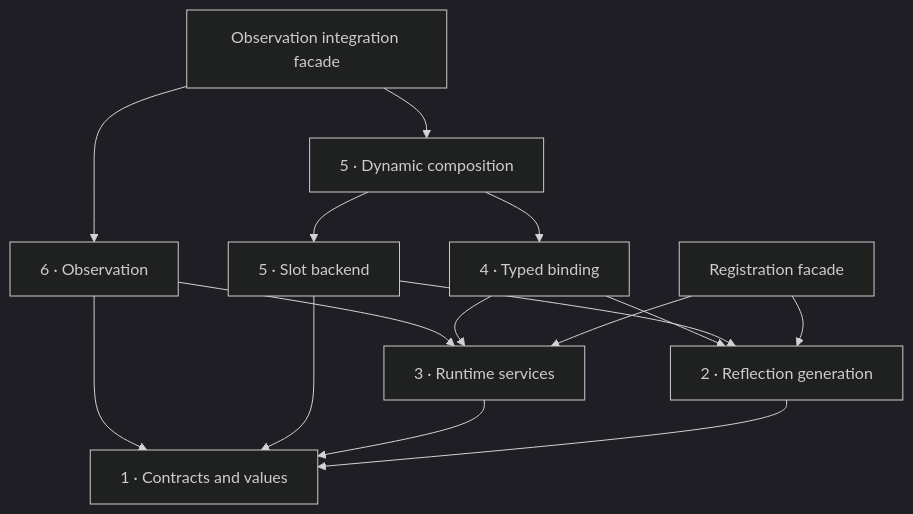
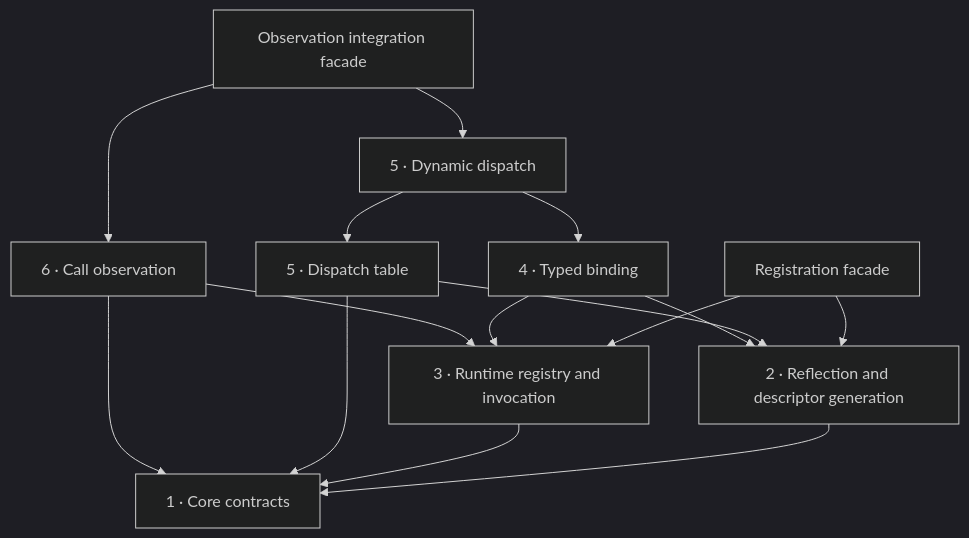
One commit to w2xel/refl changed the diagram in docs/content/architecture/index.md. Above: the diagram before and after it, drawn with Mermaid (dark theme). The commit also changed other lines of this file and 9 other files, not shown here.

Commit message:
docs: standardize architecture naming and isolate legacy terminology

````diff
--- a/docs/content/architecture/index.md
+++ b/docs/content/architecture/index.md
@@ -57,17 +75,17 @@
 ```mermaid
 flowchart TB
-    H["6 · Observation"] --> R["3 · Runtime services"]
-    H --> C["1 · Contracts and values"]
+    H["6 · Call observation"] --> R["3 · Runtime registry and invocation"]
+    H --> C["1 · Core contracts"]
     O["Observation integration facade"] --> H
-    O --> D["5 · Dynamic composition"]
+    O --> D["5 · Dynamic dispatch"]
     D --> P["4 · Typed binding"]
-    D --> S["5 · Slot backend"]
+    D --> S["5 · Dispatch table"]
     P --> R
-    P --> G["2 · Reflection generation"]
+    P --> G["2 · Reflection and descriptor generation"]
     S --> C
     S --> G
     R --> C
     G --> C
     A["Registration facade"] --> G
     A --> R
 ```
````
